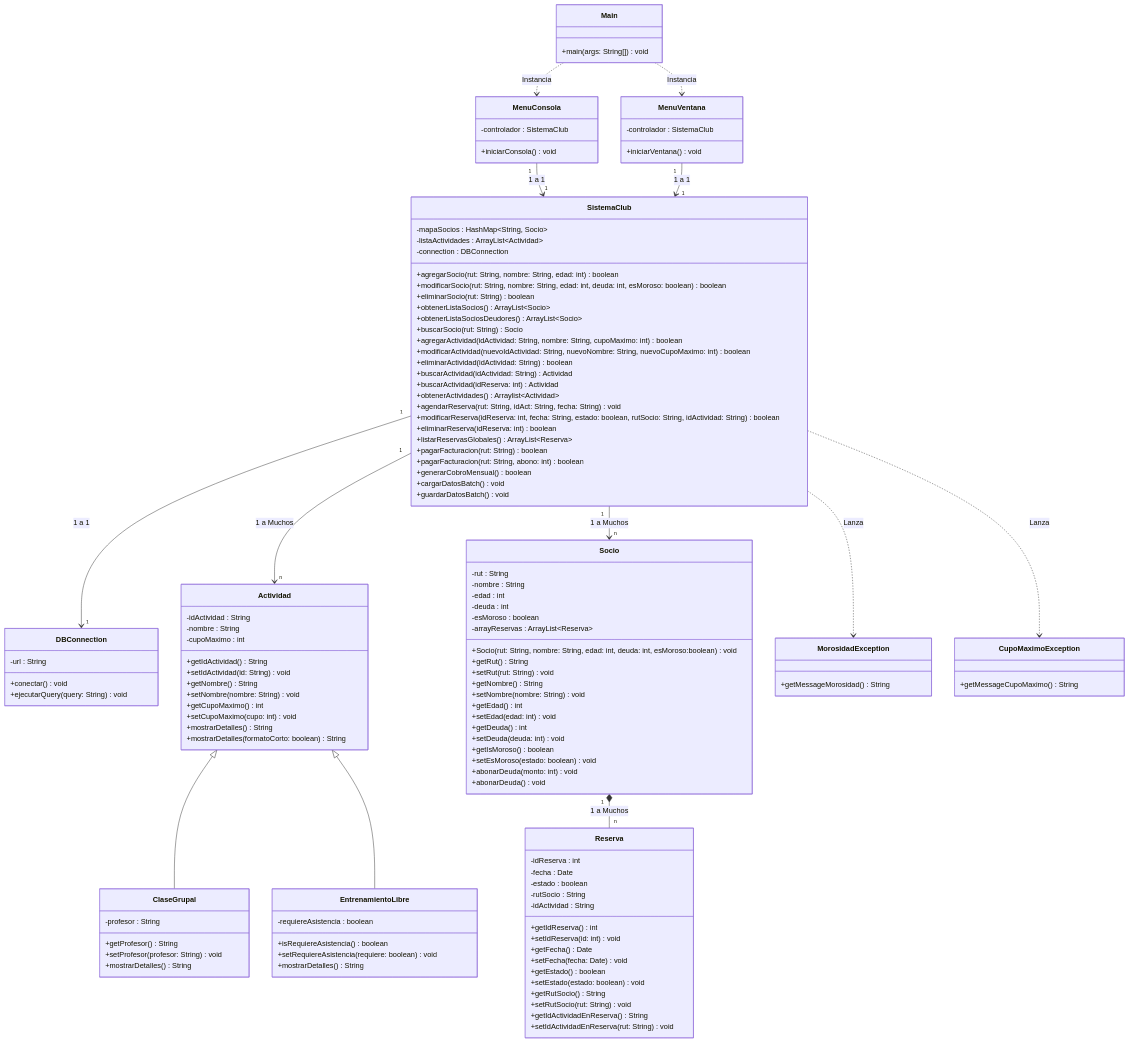
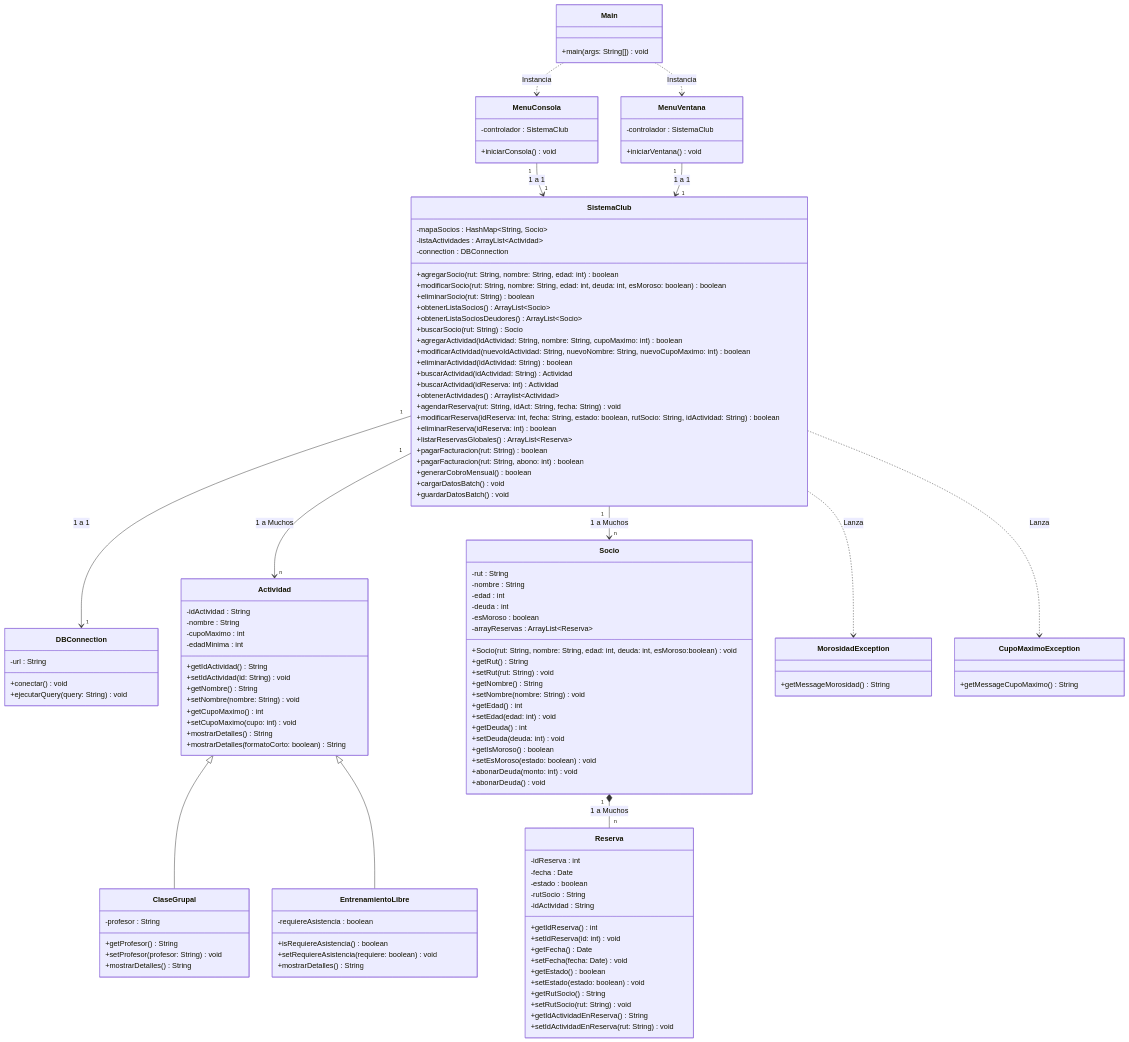
Before and after one commit to L3v1smpr/ProyectoProgramacionAvanzadaUno: the diagram in planificacion/Diagrama de Clases UML.md, drawn with Mermaid.

Commit message:
Implementación de -edadMínima- dentro de diagrama UML para clase Actividad.java [Se encargará de añadir el atributo Alex Reyes].

```diff
--- a/planificacion/Diagrama de Clases UML.md
+++ b/planificacion/Diagrama de Clases UML.md
@@ -57,6 +57,7 @@
         -idActividad : String
         -nombre : String
         -cupoMaximo : int
+        -edadMinima : int
         +getIdActividad() String
         +setIdActividad(id: String) void
         +getNombre() String
```
